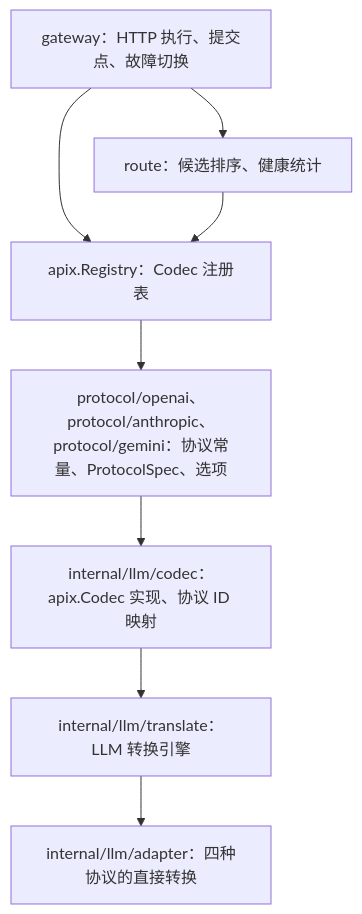
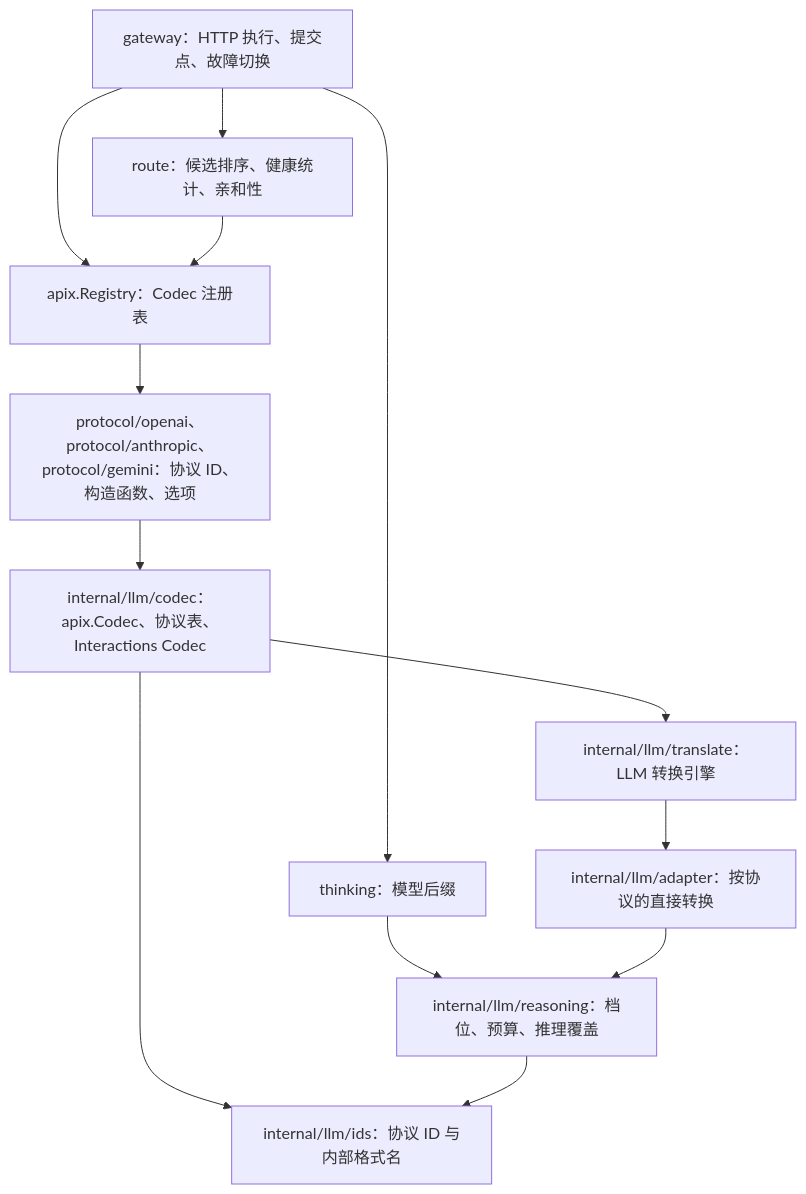
One commit to dillonzq/apix changed the diagram in docs/architecture.zh-CN.md. Above: the diagram before and after it, drawn with Mermaid. The commit also changed other lines of this file and 79 other files, not shown here.

First line of the commit message:
refactor!: harden routing, unify protocol IDs and return error from public APIs

````diff
--- a/docs/architecture.zh-CN.md
+++ b/docs/architecture.zh-CN.md
@@ -7,10 +7,15 @@
 ```mermaid
 flowchart TD
-    GW[gateway：HTTP 执行、提交点、故障切换] --> RT[route：候选排序、健康统计]
+    GW[gateway：HTTP 执行、提交点、故障切换] --> RT[route：候选排序、健康统计、亲和性]
     GW --> REG[apix.Registry：Codec 注册表]
+    GW --> TH[thinking：模型后缀]
     RT --> REG
-    REG --> VENDOR[protocol/openai、protocol/anthropic、protocol/gemini：协议常量、ProtocolSpec、选项]
-    VENDOR --> CODEC[internal/llm/codec：apix.Codec 实现、协议 ID 映射]
+    REG --> VENDOR[protocol/openai、protocol/anthropic、protocol/gemini：协议 ID、构造函数、选项]
+    VENDOR --> CODEC[internal/llm/codec：apix.Codec、协议表、Interactions Codec]
+    TH --> RS
     CODEC --> ENGINE[internal/llm/translate：LLM 转换引擎]
-    ENGINE --> ADAPTERS[internal/llm/adapter：四种协议的直接转换]
+    ENGINE --> ADAPTERS[internal/llm/adapter：按协议的直接转换]
+    ADAPTERS --> RS[internal/llm/reasoning：档位、预算、推理覆盖]
+    CODEC --> IDS[internal/llm/ids：协议 ID 与内部格式名]
+    RS --> IDS
 ```
````
